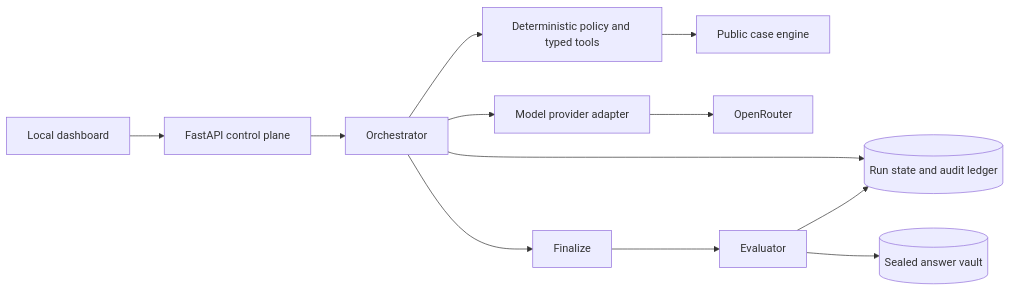
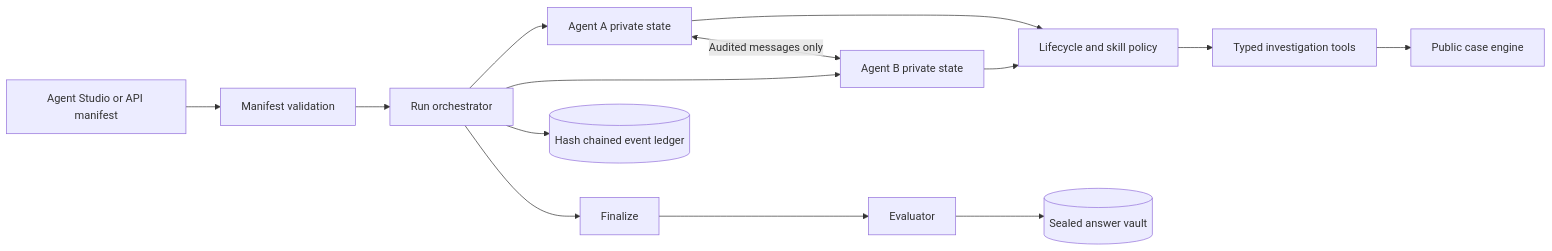
One commit to vamsivarma27/mcs-investigation-lab changed the diagram in README.md. Above: the diagram before and after it, drawn with Mermaid. The commit also changed other lines of this file and 27 other files, not shown here.

Commit message:
Open source customizable investigation agents

````diff
--- a/README.md
+++ b/README.md
@@ -47,14 +124,16 @@
 ```mermaid
 flowchart LR
-  UI[Local dashboard] --> API[FastAPI control plane]
-  API --> O[Orchestrator]
-  O --> P[Deterministic policy and typed tools]
-  P --> C[Public case engine]
-  O --> M[Model provider adapter]
-  M --> OR[OpenRouter]
-  O --> L[(Run state and audit ledger)]
+  U[Agent Studio or API manifest] --> V[Manifest validation]
+  V --> O[Run orchestrator]
+  O --> A1[Agent A private state]
+  O --> A2[Agent B private state]
+  A1 --> P[Lifecycle and skill policy]
+  A2 --> P
+  P --> T[Typed investigation tools]
+  T --> C[Public case engine]
+  A1 <-->|Audited messages only| A2
+  O --> L[(Hash chained event ledger)]
   O --> F[Finalize]
   F --> E[Evaluator]
-  E --> V[(Sealed answer vault)]
-  E --> L
+  E --> S[(Sealed answer vault)]
 ```
````
